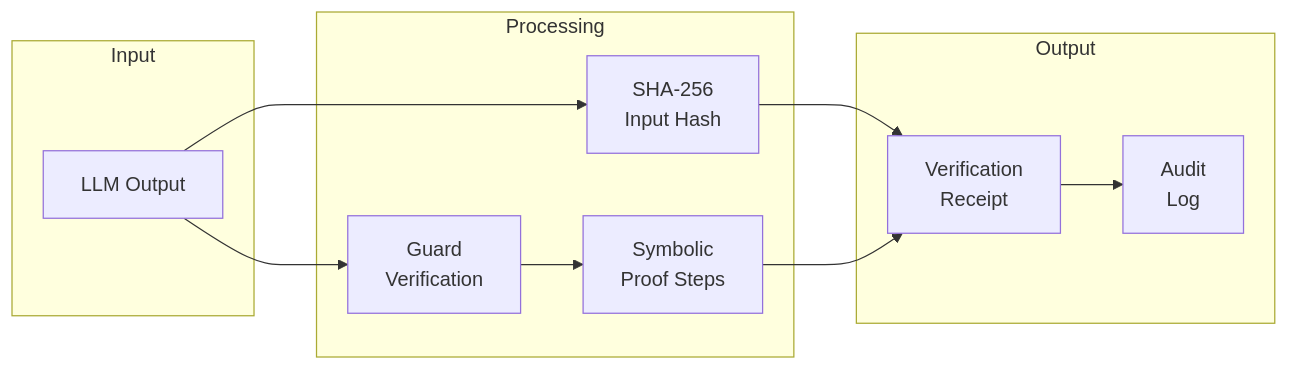
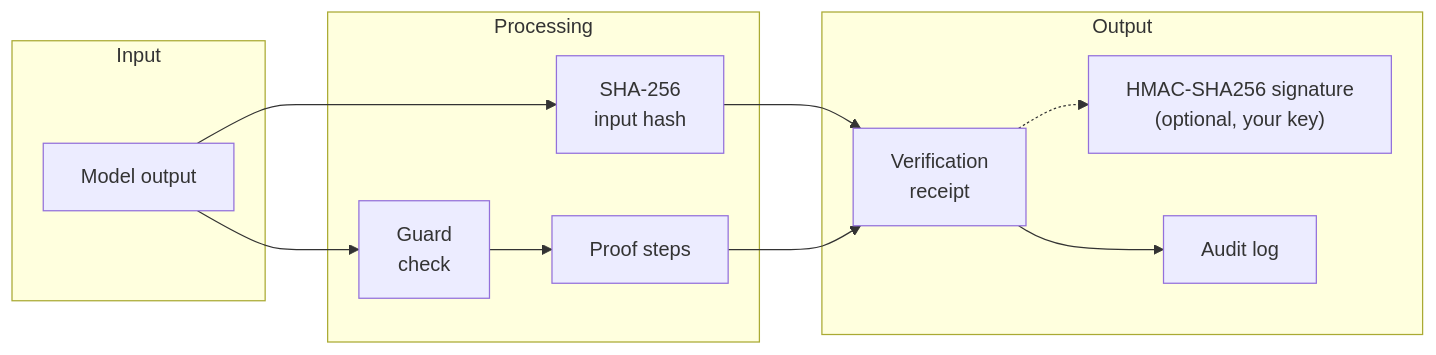
Before and after one commit to QWED-AI/qwed-finance-docs: the fourth of 6 diagrams in finance/design.mdx, drawn with Mermaid. The commit also changed other lines of this file and 13 other files, not shown here.

````diff
--- a/finance/design.mdx
+++ b/finance/design.mdx
@@ -129,24 +100,26 @@
 ```mermaid
 flowchart LR
     subgraph Input
-        LLM["LLM Output"]
+        LLM["Model output"]
     end
-    
+
     subgraph Processing
-        Hash["SHA-256<br/>Input Hash"]
-        Guard["Guard<br/>Verification"]
-        Proof["Symbolic<br/>Proof Steps"]
+        Hash["SHA-256<br/>input hash"]
+        Guard["Guard<br/>check"]
+        Proof["Proof steps"]
     end
-    
+
     subgraph Output
-        Receipt["Verification<br/>Receipt"]
-        Log["Audit<br/>Log"]
+        Receipt["Verification<br/>receipt"]
+        Sig["HMAC-SHA256 signature<br/>(optional, your key)"]
+        Log["Audit log"]
     end
-    
+
     LLM --> Hash
     LLM --> Guard
     Guard --> Proof
     Hash --> Receipt
     Proof --> Receipt
+    Receipt -.-> Sig
     Receipt --> Log
 ```
````
